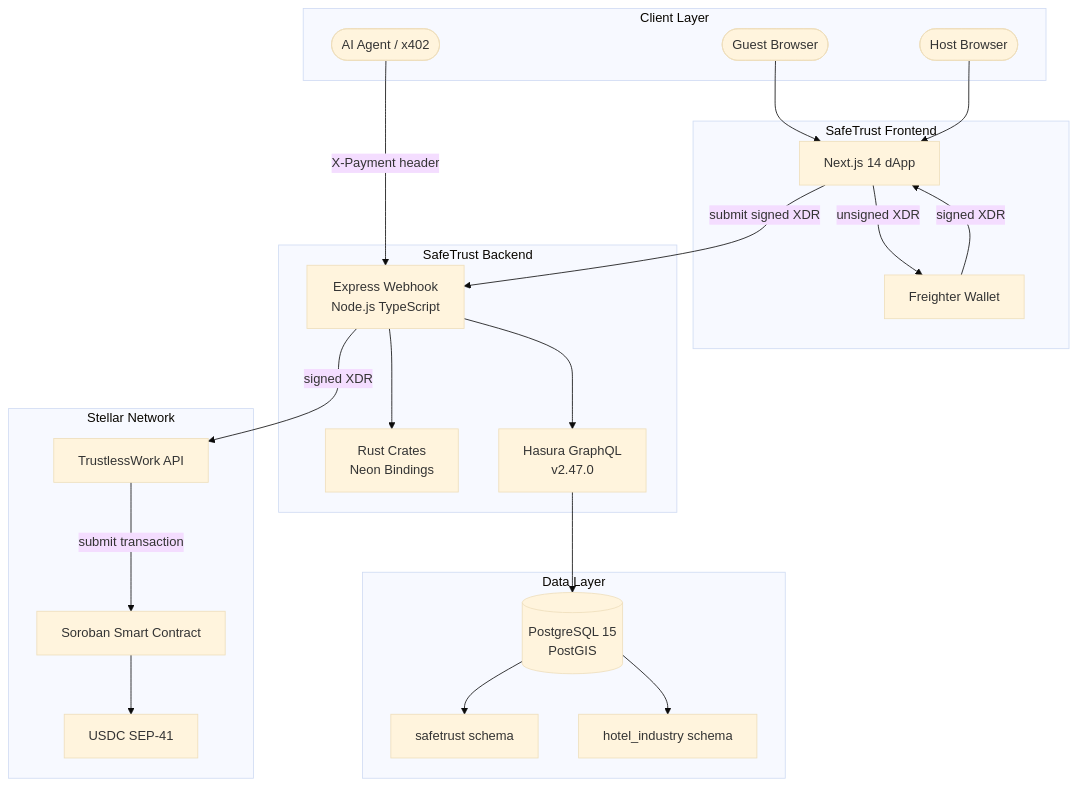
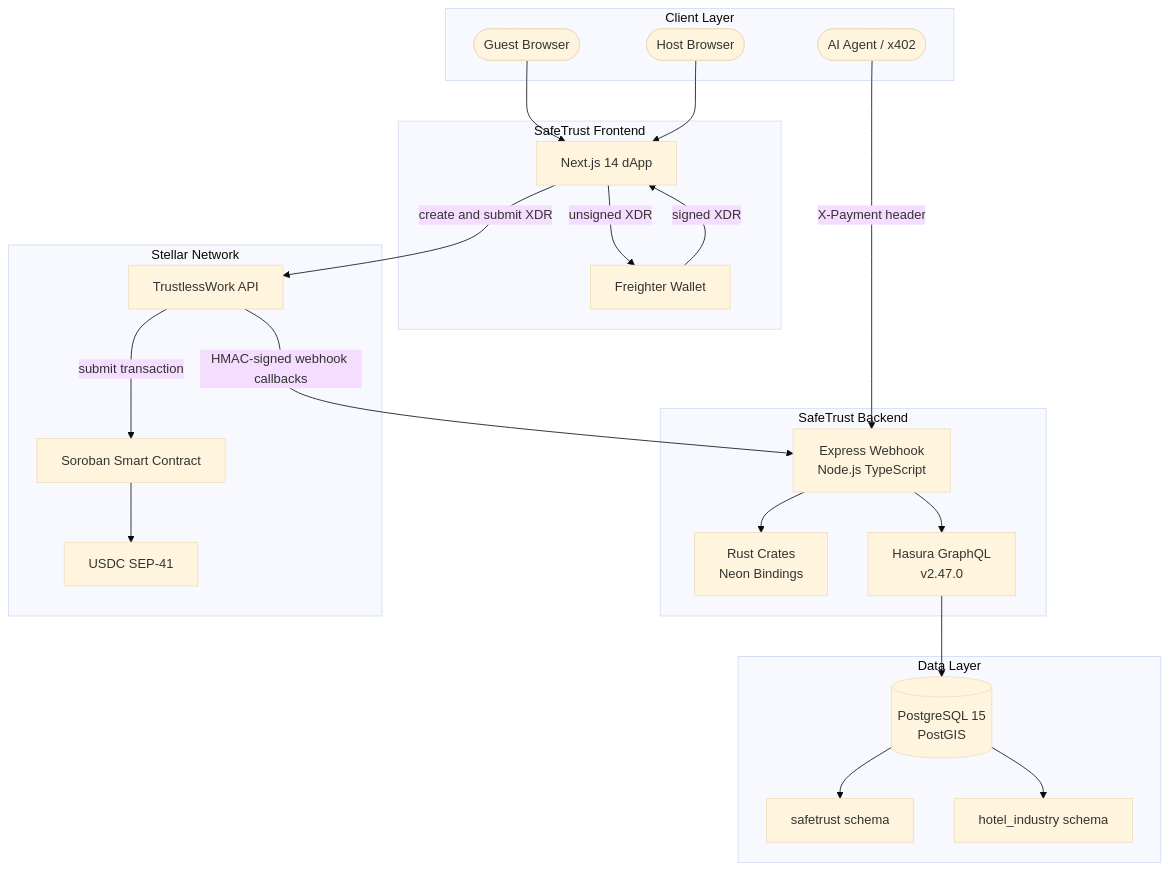
One commit to safetrustcr/backend-SafeTrust changed the first of 5 diagrams in docs/architecture/overview.md. Above: the diagram before and after it, drawn with Mermaid (base theme). The commit also changed other lines of this file, not shown here.

Commit message:
docs(architecture): document frontend-managed XDR submission

````diff
--- a/docs/architecture/overview.md
+++ b/docs/architecture/overview.md
@@ -10,46 +10,46 @@
 ```mermaid
 flowchart TD
     subgraph Client Layer
         GU([Guest Browser])
         HO([Host Browser])
         AI([AI Agent / x402])
     end
 
     subgraph SafeTrust Frontend
         FE[Next.js 14 dApp]
         FW[Freighter Wallet]
     end
 
     subgraph SafeTrust Backend
         WH[Express Webhook\nNode.js TypeScript]
         RC[Rust Crates\nNeon Bindings]
         HG[Hasura GraphQL\nv2.47.0]
     end
 
     subgraph Data Layer
         PG[(PostgreSQL 15\nPostGIS)]
         ST[safetrust schema]
         HI[hotel_industry schema]
     end
 
     subgraph Stellar Network
         TW[TrustlessWork API]
         SC[Soroban Smart Contract]
         USDC[USDC SEP-41]
     end
 
     GU --> FE
     HO --> FE
     AI -->|X-Payment header| WH
     FE -->|unsigned XDR| FW
     FW -->|signed XDR| FE
-    FE -->|submit signed XDR| WH
+    FE -->|create and submit XDR| TW
+    TW -->|HMAC-signed webhook callbacks| WH
     WH --> RC
     WH --> HG
-    WH -->|signed XDR| TW
     TW -->|submit transaction| SC
     SC --> USDC
     HG --> PG
     PG --> ST
     PG --> HI
 ```
````
